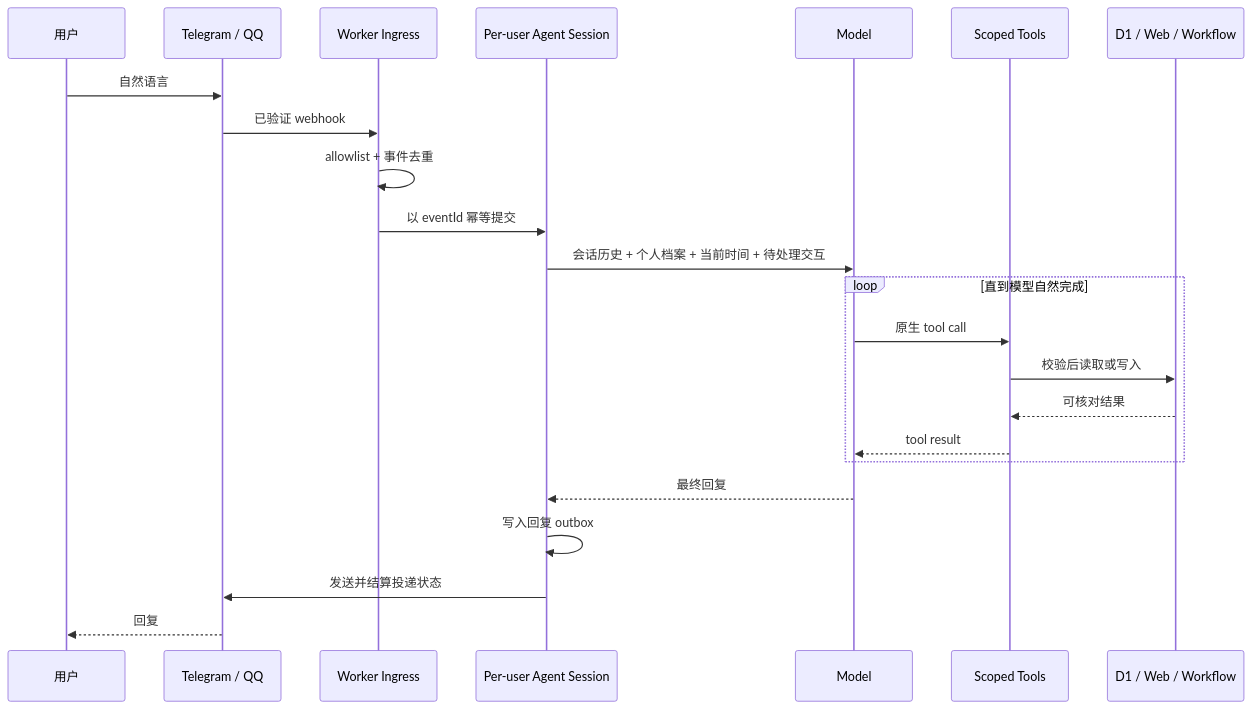
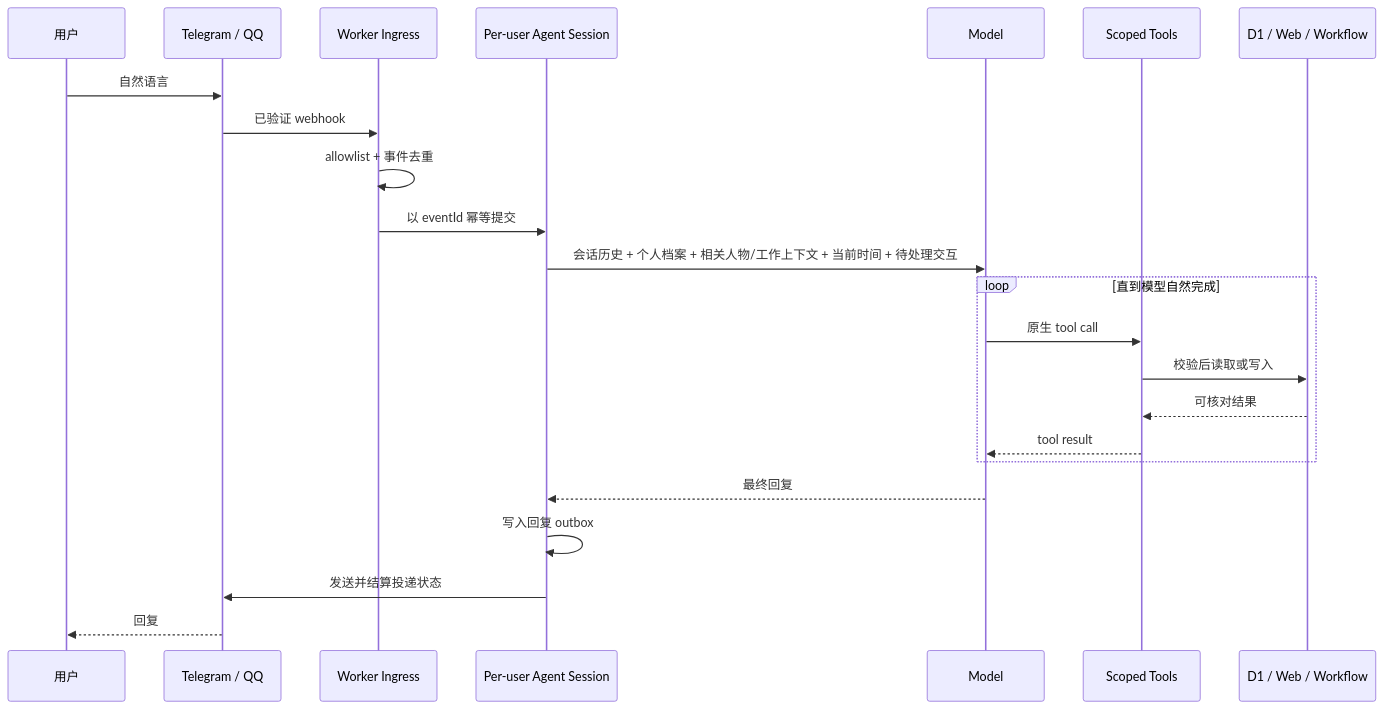
One commit to kinamind/Desk-IX changed the diagram in docs/architecture.md. Above: the diagram before and after it, drawn with Mermaid. The commit also changed other lines of this file and 34 other files, not shown here.

````diff
--- a/docs/architecture.md
+++ b/docs/architecture.md
@@ -19,26 +19,26 @@
 ```mermaid
 sequenceDiagram
   participant U as 用户
   participant C as Telegram / QQ
   participant W as Worker Ingress
   participant S as Per-user Agent Session
   participant M as Model
   participant T as Scoped Tools
   participant D as D1 / Web / Workflow
 
   U->>C: 自然语言
   C->>W: 已验证 webhook
   W->>W: allowlist + 事件去重
   W->>S: 以 eventId 幂等提交
-  S->>M: 会话历史 + 个人档案 + 当前时间 + 待处理交互
+  S->>M: 会话历史 + 个人档案 + 相关人物/工作上下文 + 当前时间 + 待处理交互
   loop 直到模型自然完成
     M->>T: 原生 tool call
     T->>D: 校验后读取或写入
     D-->>T: 可核对结果
     T-->>M: tool result
   end
   M-->>S: 最终回复
   S->>S: 写入回复 outbox
   S->>C: 发送并结算投递状态
   C-->>U: 回复
 ```
````
